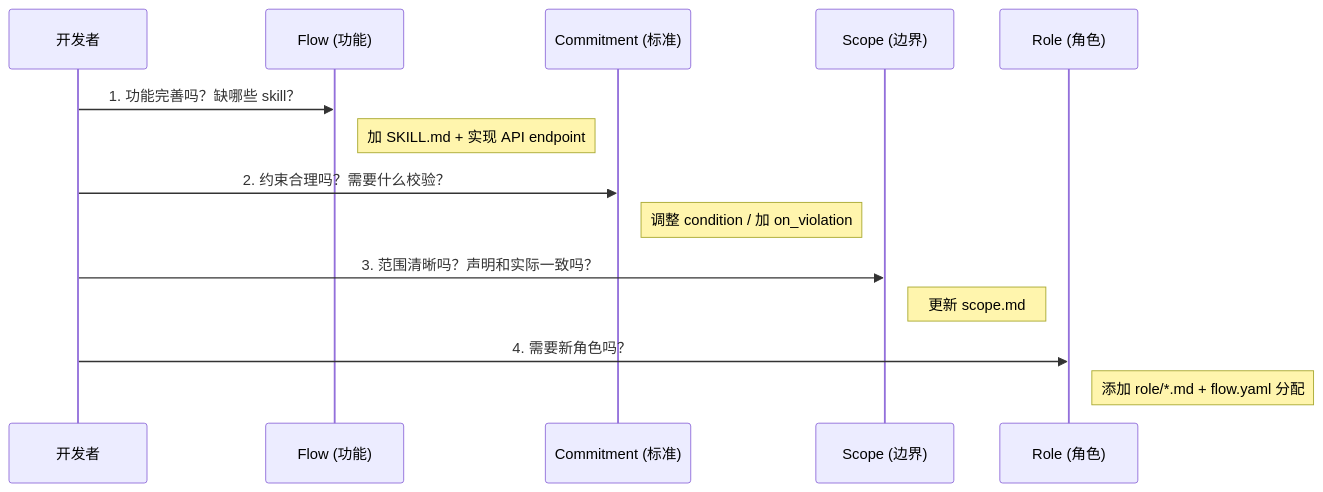
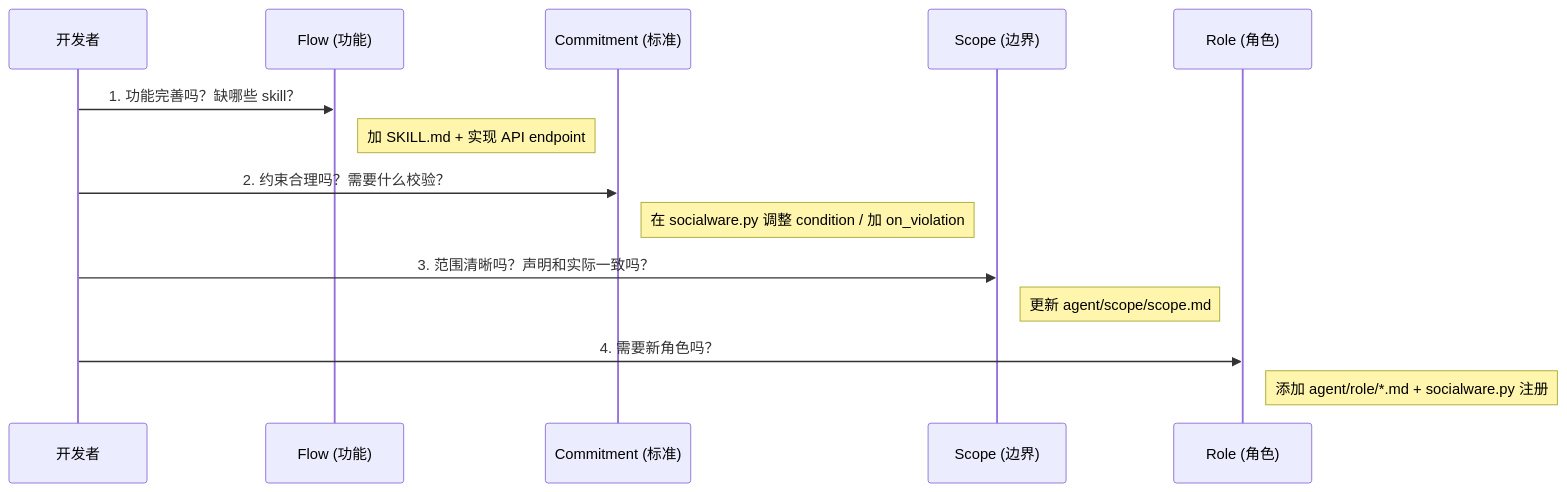
One commit to ezagent42/Socialwares changed the first of 4 diagrams in docs/guides/006-dev-guide.md. Above: the diagram before and after it, drawn with Mermaid. The commit also changed other lines of this file and 77 other files, not shown here.

````diff
--- a/docs/guides/006-dev-guide.md
+++ b/docs/guides/006-dev-guide.md
@@ -72,17 +77,17 @@
 ```mermaid
 sequenceDiagram
     participant Dev as 开发者
     participant Flow as Flow (功能)
     participant Commitment as Commitment (标准)
     participant Scope as Scope (边界)
     participant Role as Role (角色)
 
     Dev->>Flow: 1. 功能完善吗？缺哪些 skill？
     Note right of Flow: 加 SKILL.md + 实现 API endpoint
     Dev->>Commitment: 2. 约束合理吗？需要什么校验？
-    Note right of Commitment: 调整 condition / 加 on_violation
+    Note right of Commitment: 在 socialware.py 调整 condition / 加 on_violation
     Dev->>Scope: 3. 范围清晰吗？声明和实际一致吗？
-    Note right of Scope: 更新 scope.md
+    Note right of Scope: 更新 agent/scope/scope.md
     Dev->>Role: 4. 需要新角色吗？
-    Note right of Role: 添加 role/*.md + flow.yaml 分配
+    Note right of Role: 添加 agent/role/*.md + socialware.py 注册
 ```
````
